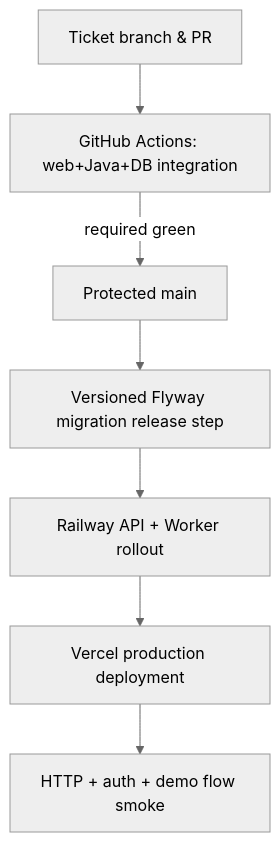
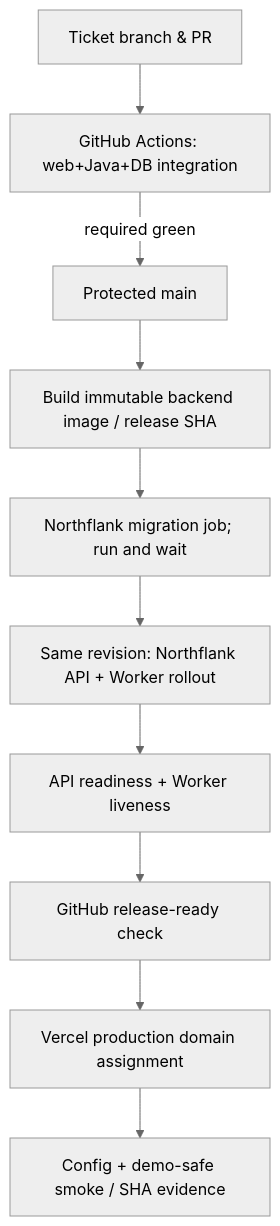
Before and after one commit to kostak-fraud/kostak-fraud-tool: the second of 2 diagrams in docs/ARCHITECTURE.md, drawn with Mermaid (neutral theme). The commit also changed other lines of this file and 47 other files, not shown here.

Commit message:
feat(fnd-003): prepare controlled deployment runtime

````diff
--- a/docs/ARCHITECTURE.md
+++ b/docs/ARCHITECTURE.md
@@ -78,9 +90,12 @@
 ```mermaid
 flowchart TD
   PR[Ticket branch & PR] --> CI[GitHub Actions: web+Java+DB integration]
   CI -->|required green| Main[Protected main]
-  Main --> DBM[Versioned Flyway migration release step]
-  DBM --> API[Railway API + Worker rollout]
-  API --> Web[Vercel production deployment]
-  Web --> Smoke[HTTP + auth + demo flow smoke]
+  Main --> Image[Build immutable backend image / release SHA]
+  Image --> DBM[Northflank migration job; run and wait]
+  DBM --> Runtime[Same revision: Northflank API + Worker rollout]
+  Runtime --> Ready[API readiness + Worker liveness]
+  Ready --> Gate[GitHub release-ready check]
+  Gate --> Web[Vercel production domain assignment]
+  Web --> Smoke[Config + demo-safe smoke / SHA evidence]
 ```
````
